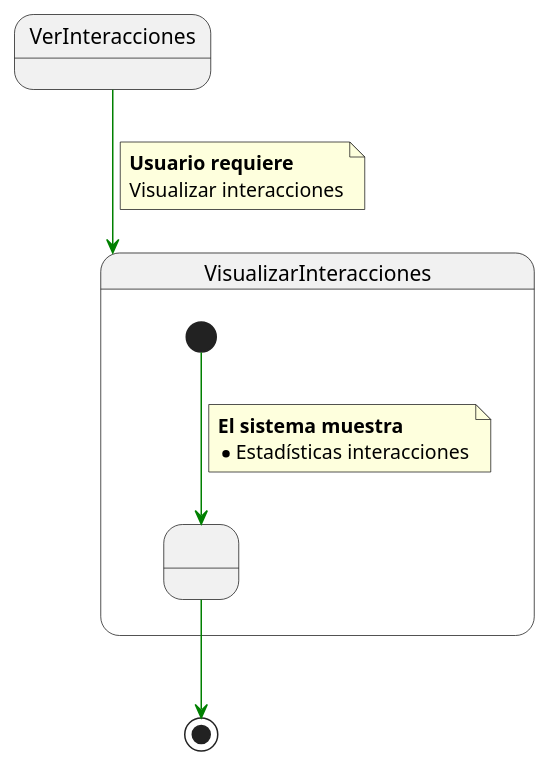
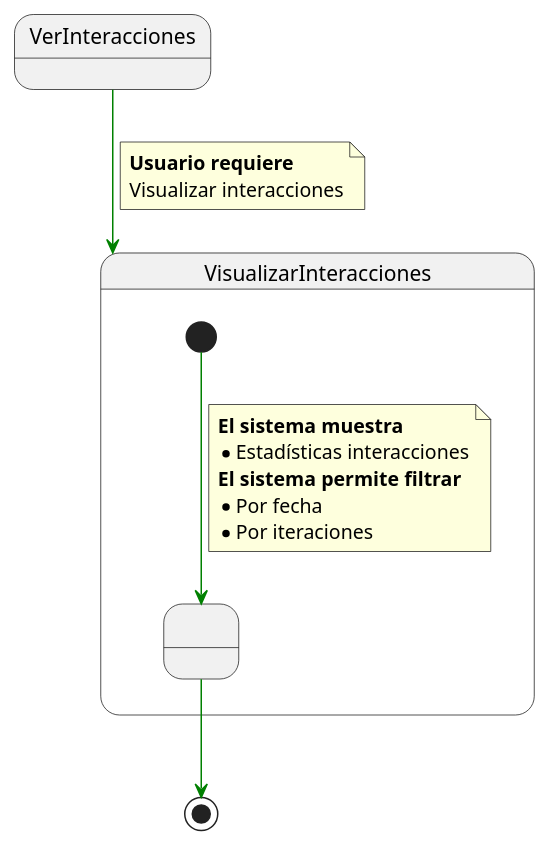
The diagram in 000-entregas/Grupo1/DetalleCasosDeUso/VerInteracciones.puml (mmasias/IdSw1-22-23), drawn with PlantUML before and after one commit.

```diff
--- a/000-entregas/Grupo1/DetalleCasosDeUso/VerInteracciones.puml
+++ b/000-entregas/Grupo1/DetalleCasosDeUso/VerInteracciones.puml
@@ -1,30 +1,33 @@
 @startuml VerInteracciones
 
 State VerInteracciones
 
 
 State VisualizarInteracciones{ 
 
   State state1 as " "
 
   [*] -[#green]-> state1
 
   note on link 
     <b>El sistema muestra
     * Estadísticas interacciones
+    <b>El sistema permite filtrar
+    * Por fecha
+    * Por iteraciones
   end note
  
 
 } 
 
 VerInteracciones-[#green]-> VisualizarInteracciones
 
 note on link
  <b>Usuario requiere
  Visualizar interacciones
 end note
 
 state1 -[#green]-> [*] 
 
 
 @enduml
```
